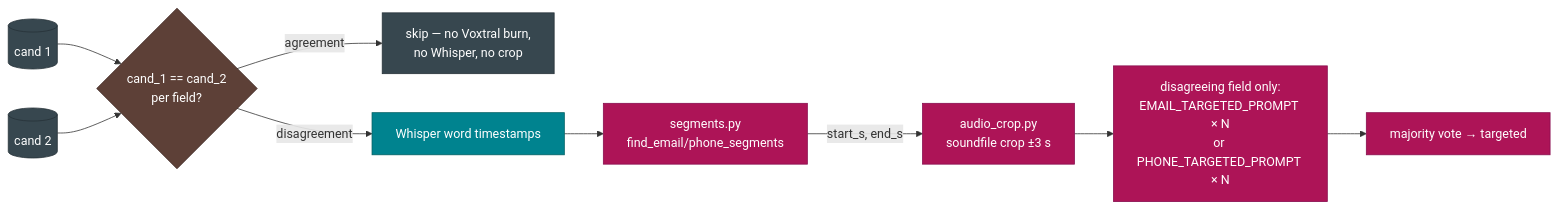
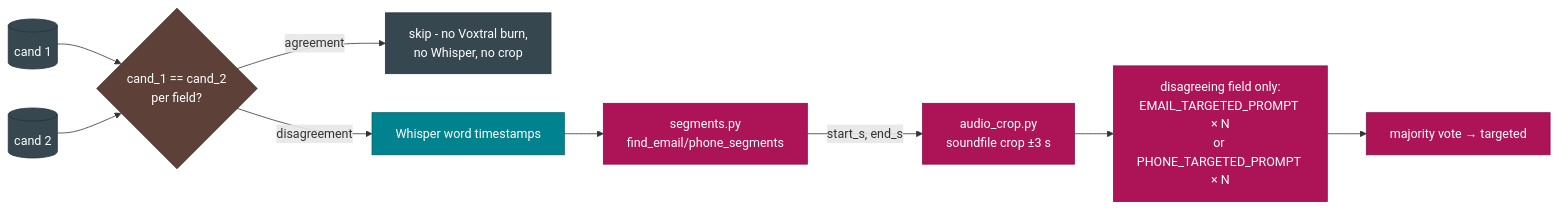
Before and after one commit to melih-unsal/phone_challange: the third of 8 diagrams in PIPELINE.md, drawn with Mermaid. The commit also changed other lines of this file and 18 other files, not shown here.

````diff
--- a/PIPELINE.md
+++ b/PIPELINE.md
@@ -118,19 +118,19 @@
 ```mermaid
 flowchart LR
     c1[(cand 1)] --> g{cand_1 == cand_2<br/>per field?}
     c2[(cand 2)] --> g
-    g -- agreement --> skip[skip — no Voxtral burn,<br/>no Whisper, no crop]
+    g -- agreement --> skip[skip - no Voxtral burn,<br/>no Whisper, no crop]
     g -- disagreement --> wd[Whisper word timestamps] --> det[segments.py<br/>find_email/phone_segments]
     det -->|start_s, end_s| crop[audio_crop.py<br/>soundfile crop ±3 s]
     crop --> rl[disagreeing field only:<br/>EMAIL_TARGETED_PROMPT × N<br/>or PHONE_TARGETED_PROMPT × N]
     rl --> vote[majority vote → targeted]
 
     classDef gate fill:#5d4037,stroke:#3e2723,color:#ffffff
     classDef whisper fill:#00838f,stroke:#006064,color:#ffffff
     classDef pink fill:#ad1457,stroke:#880e4f,color:#ffffff
     classDef neutral fill:#37474f,stroke:#263238,color:#ffffff
     class g gate
     class wd whisper
     class det,crop,rl,vote pink
     class c1,c2,skip neutral
 ```
````
